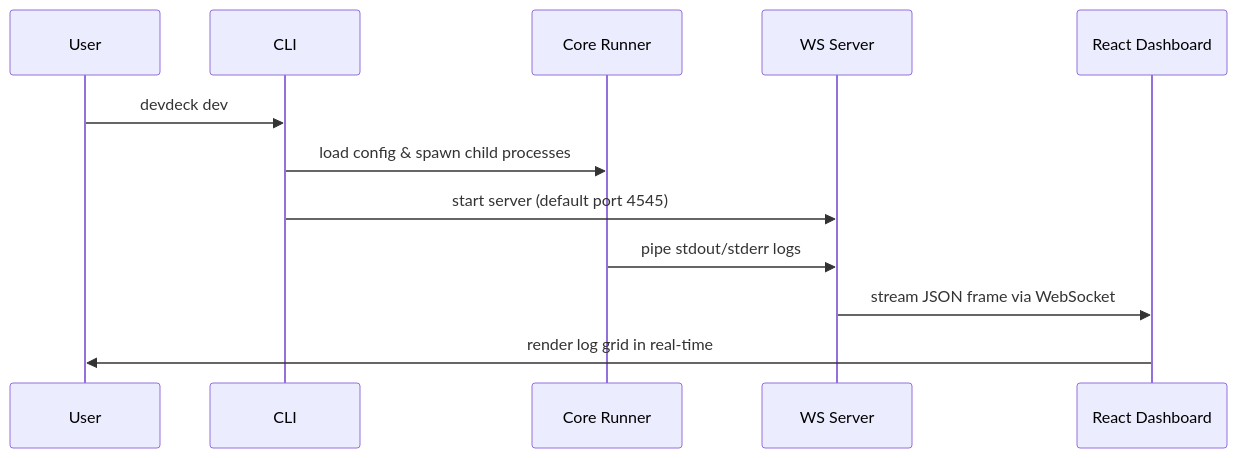
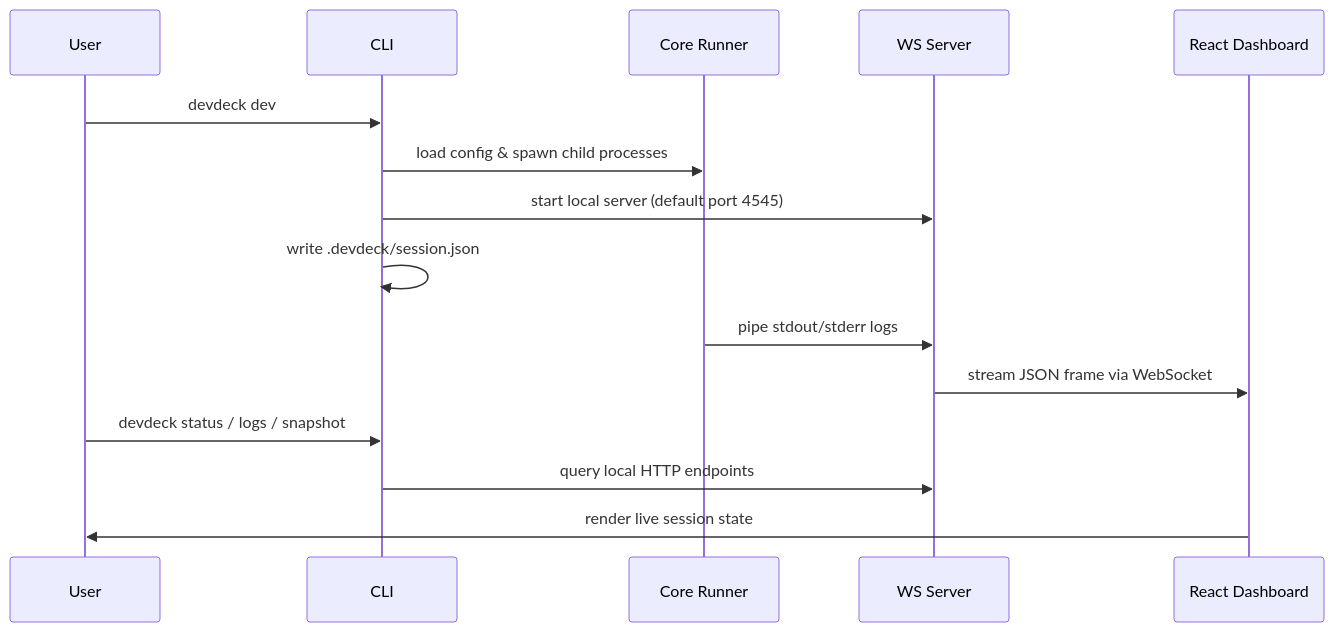
Before and after one commit to hemang-doshi/dev-deck: the diagram in Docs/architecture.md, drawn with Mermaid. The commit also changed other lines of this file and 19 other files, not shown here.

````diff
--- a/Docs/architecture.md
+++ b/Docs/architecture.md
@@ -58,15 +62,18 @@
 ```mermaid
 sequenceDiagram
     participant User
     participant CLI
     participant Core Runner
     participant WS Server
     participant React Dashboard
 
     User->>CLI: devdeck dev
     CLI->>Core Runner: load config & spawn child processes
-    CLI->>WS Server: start server (default port 4545)
+    CLI->>WS Server: start local server (default port 4545)
+    CLI->>CLI: write .devdeck/session.json
     Core Runner->>WS Server: pipe stdout/stderr logs
     WS Server->>React Dashboard: stream JSON frame via WebSocket
-    React Dashboard->>User: render log grid in real-time
+    User->>CLI: devdeck status / logs / snapshot
+    CLI->>WS Server: query local HTTP endpoints
+    React Dashboard->>User: render live session state
 ```
````
